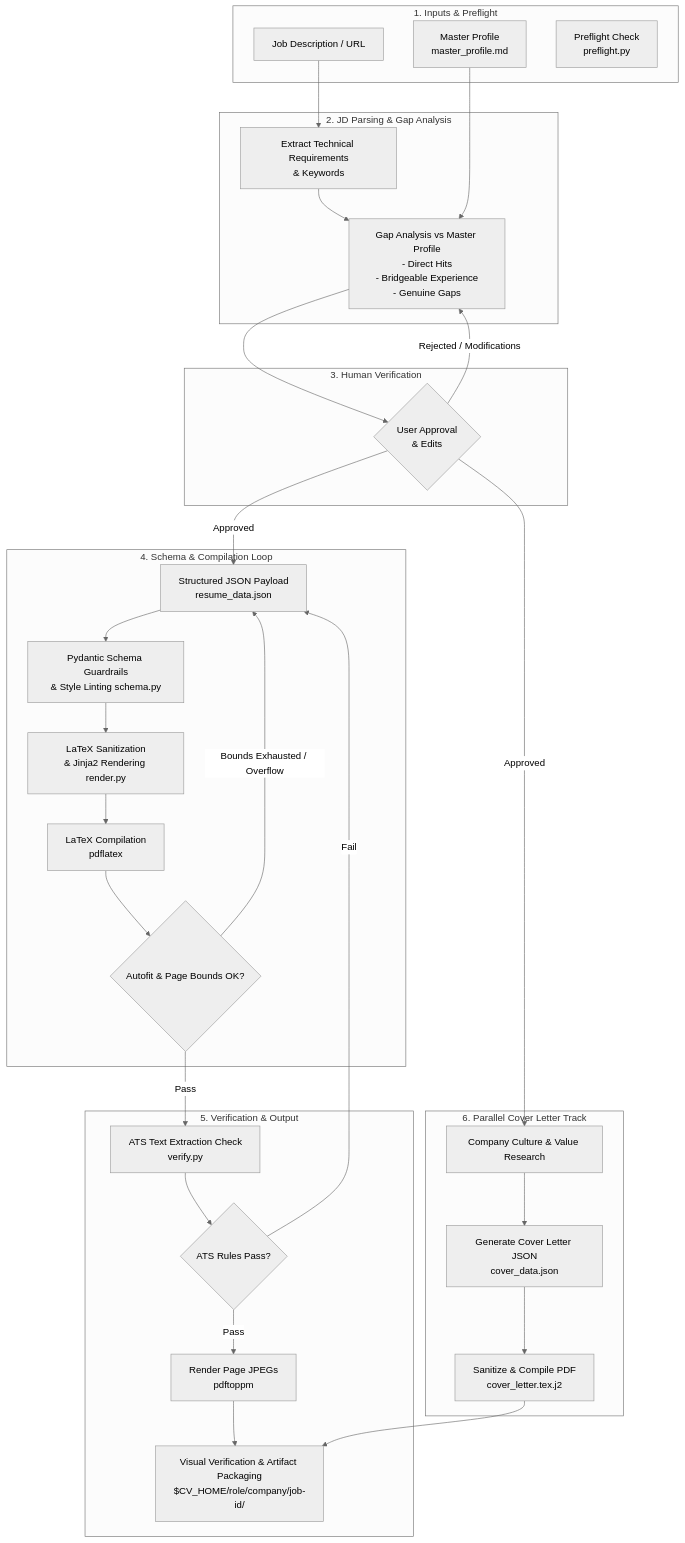
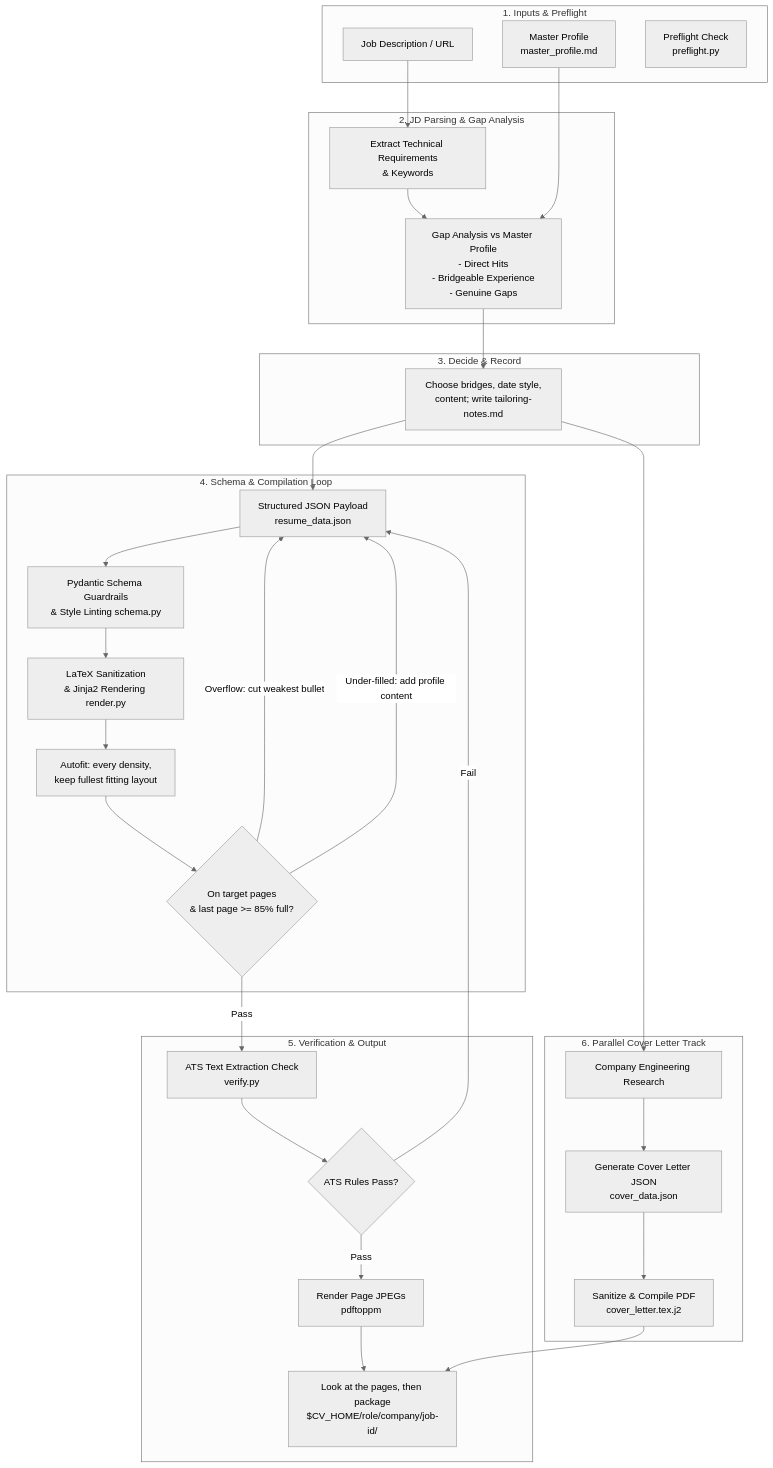
The diagram in README.md (silentashish/claude-resume-generator-skill), drawn with Mermaid (neutral theme) before and after one commit. The commit also changed other lines of this file and 13 other files, not shown here.

First line of the commit message:
Make resume-tailor autonomous, fill target pages, and unify the design

````diff
--- a/README.md
+++ b/README.md
@@ -85,43 +87,43 @@
 ```mermaid
 flowchart TD
     subgraph Input ["1. Inputs & Preflight"]
         A1[Master Profile\nmaster_profile.md]
         A2[Job Description / URL]
         A3[Preflight Check\npreflight.py]
     end
 
     subgraph Analysis ["2. JD Parsing & Gap Analysis"]
         A2 --> B1[Extract Technical Requirements\n& Keywords]
         B1 --> B2[Gap Analysis vs Master Profile\n- Direct Hits\n- Bridgeable Experience\n- Genuine Gaps]
         A1 --> B2
     end
 
-    subgraph Approval ["3. Human Verification"]
-        B2 --> C1{User Approval\n& Edits}
-        C1 -- Rejected / Modifications --> B2
+    subgraph Decide ["3. Decide & Record"]
+        B2 --> C1[Choose bridges, date style,\ncontent; write tailoring-notes.md]
     end
 
     subgraph SchemaRender ["4. Schema & Compilation Loop"]
-        C1 -- Approved --> D1[Structured JSON Payload\nresume_data.json]
+        C1 --> D1[Structured JSON Payload\nresume_data.json]
         D1 --> D2[Pydantic Schema Guardrails\n& Style Linting schema.py]
         D2 --> D3[LaTeX Sanitization\n& Jinja2 Rendering render.py]
-        D3 --> D4[LaTeX Compilation\npdflatex]
-        D4 --> D5{Autofit & Page Bounds OK?}
-        D5 -- Bounds Exhausted / Overflow --> D1
+        D3 --> D4[Autofit: every density,\nkeep fullest fitting layout]
+        D4 --> D5{On target pages\n& last page >= 85% full?}
+        D5 -- Overflow: cut weakest bullet --> D1
+        D5 -- Under-filled: add profile content --> D1
     end
 
     subgraph Verification ["5. Verification & Output"]
         D5 -- Pass --> E1[ATS Text Extraction Check\nverify.py]
         E1 --> E2{ATS Rules Pass?}
         E2 -- Fail --> D1
         E2 -- Pass --> E3[Render Page JPEGs\npdftoppm]
-        E3 --> E4[Visual Verification & Artifact Packaging\n$CV_HOME/role/company/job-id/]
+        E3 --> E4[Look at the pages, then package\n$CV_HOME/role/company/job-id/]
     end
 
     subgraph CoverLetter ["6. Parallel Cover Letter Track"]
-        C1 -- Approved --> F1[Company Culture & Value Research]
+        C1 --> F1[Company Engineering Research]
         F1 --> F2[Generate Cover Letter JSON\ncover_data.json]
         F2 --> F3[Sanitize & Compile PDF\ncover_letter.tex.j2]
         F3 --> E4
     end
 ```
````
